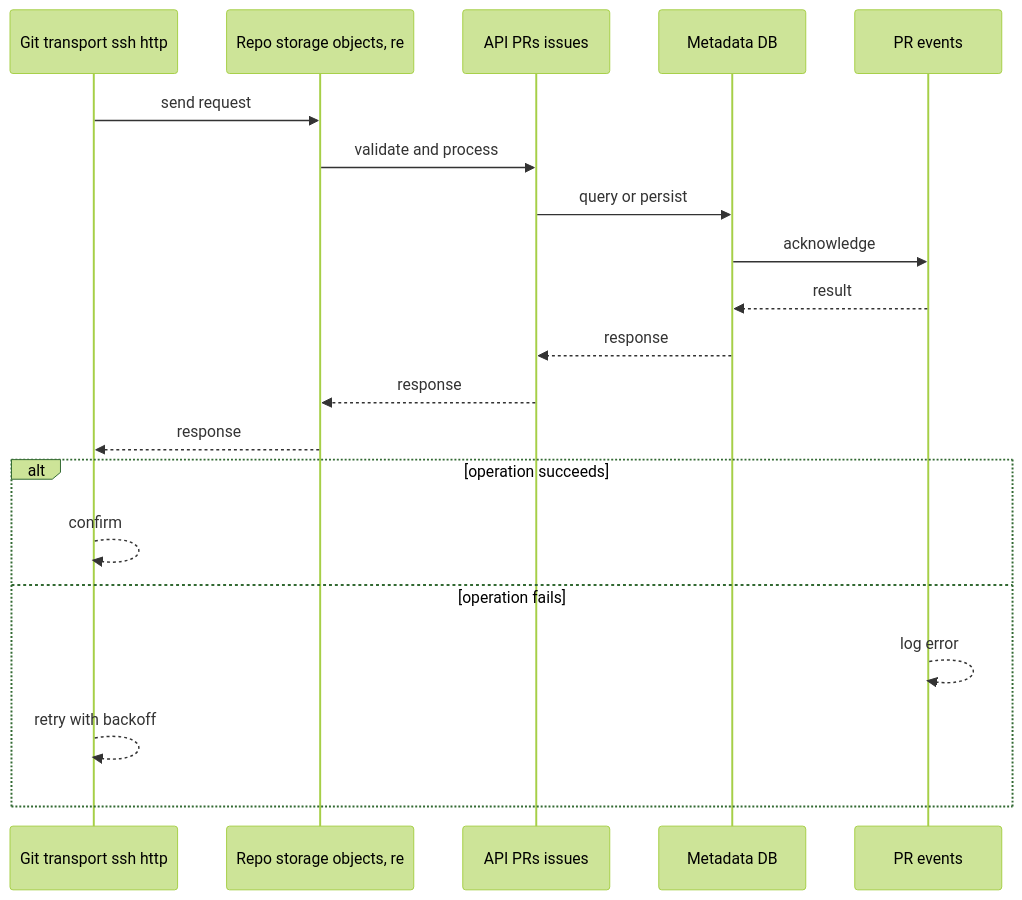
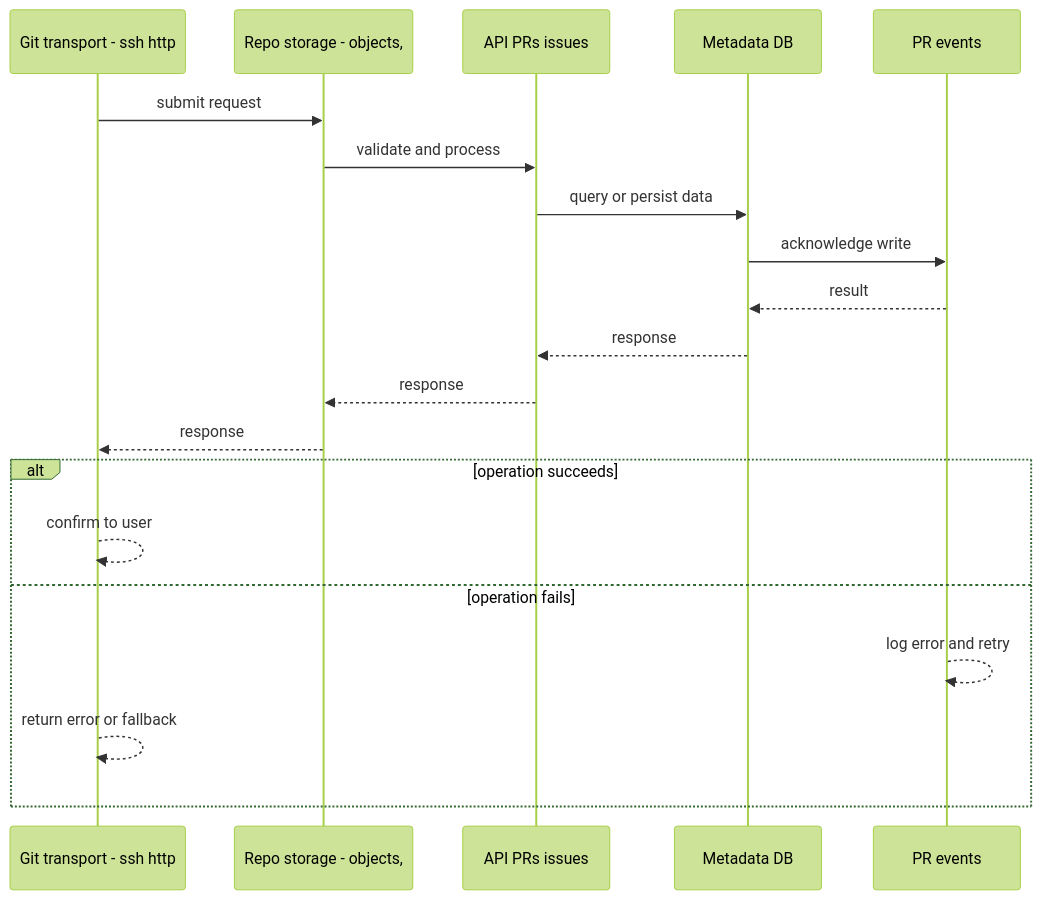
One commit to RIT-MESH/system-design-mastery changed the second of 4 diagrams in case-studies/advanced/code-hosting.md. Above: the diagram before and after it, drawn with Mermaid (forest theme). The commit also changed other lines of this file and 127 other files, not shown here.

First line of the commit message:
Improve all case study diagrams: case-specific sequences, fix truncated labels

````diff
--- a/case-studies/advanced/code-hosting.md
+++ b/case-studies/advanced/code-hosting.md
@@ -73,23 +73,23 @@
 ```mermaid
 %% created-for: system-design-mastery
 sequenceDiagram
-  participant C0 as Git transport ssh http
-  participant C1 as Repo storage objects, re
-  participant C2 as API PRs issues
-  participant C3 as Metadata DB
-  participant C4 as PR events
-  C0 ->> C1: send request
-  C1 ->> C2: validate and process
-  C2 ->> C3: query or persist
-  C3 ->> C4: acknowledge
-  C4 -->> C3: result
-  C3 -->> C2: response
-  C2 -->> C1: response
-  C1 -->> C0: response
+  participant P0 as Git transport - ssh http
+  participant P1 as Repo storage - objects,
+  participant P2 as API PRs issues
+  participant P3 as Metadata DB
+  participant P4 as PR events
+  P0 ->> P1: submit request
+  P1 ->> P2: validate and process
+  P2 ->> P3: query or persist data
+  P3 ->> P4: acknowledge write
+  P4 -->> P3: result
+  P3 -->> P2: response
+  P2 -->> P1: response
+  P1 -->> P0: response
   alt operation succeeds
-    C0 -->> C0: confirm
+    P0 -->> P0: confirm to user
   else operation fails
-    C4 -->> C4: log error
-    C0 -->> C0: retry with backoff
+    P4 -->> P4: log error and retry
+    P0 -->> P0: return error or fallback
   end
 ```
````
